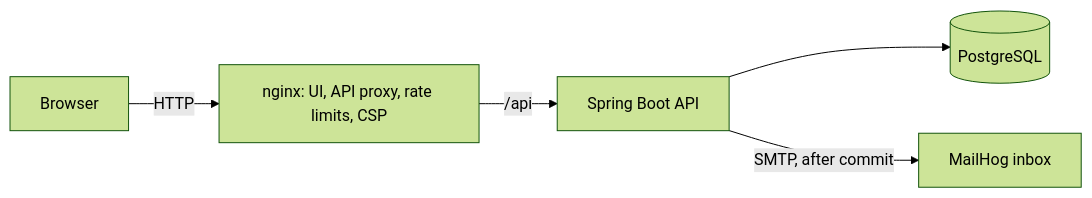
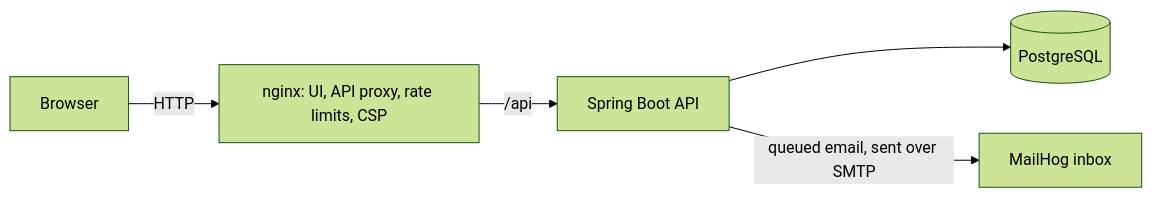
The first of 2 diagrams in README.md (mlandukid/branch-booking), drawn with Mermaid (forest theme) before and after one commit. The commit also changed other lines of this file and 5 other files, not shown here.

Commit message:
docs: final screenshots of the new pages, and diagrams that match the email outbox

````diff
--- a/README.md
+++ b/README.md
@@ -61,7 +71,7 @@
 ```mermaid
 flowchart LR
     Browser["Browser"] -->|"HTTP"| Nginx["nginx: UI, API proxy, rate limits, CSP"]
     Nginx -->|"/api"| Backend["Spring Boot API"]
     Backend --> Postgres[("PostgreSQL")]
-    Backend -->|"SMTP, after commit"| Mail["MailHog inbox"]
+    Backend -->|"queued email, sent over SMTP"| Mail["MailHog inbox"]
 ```
````
